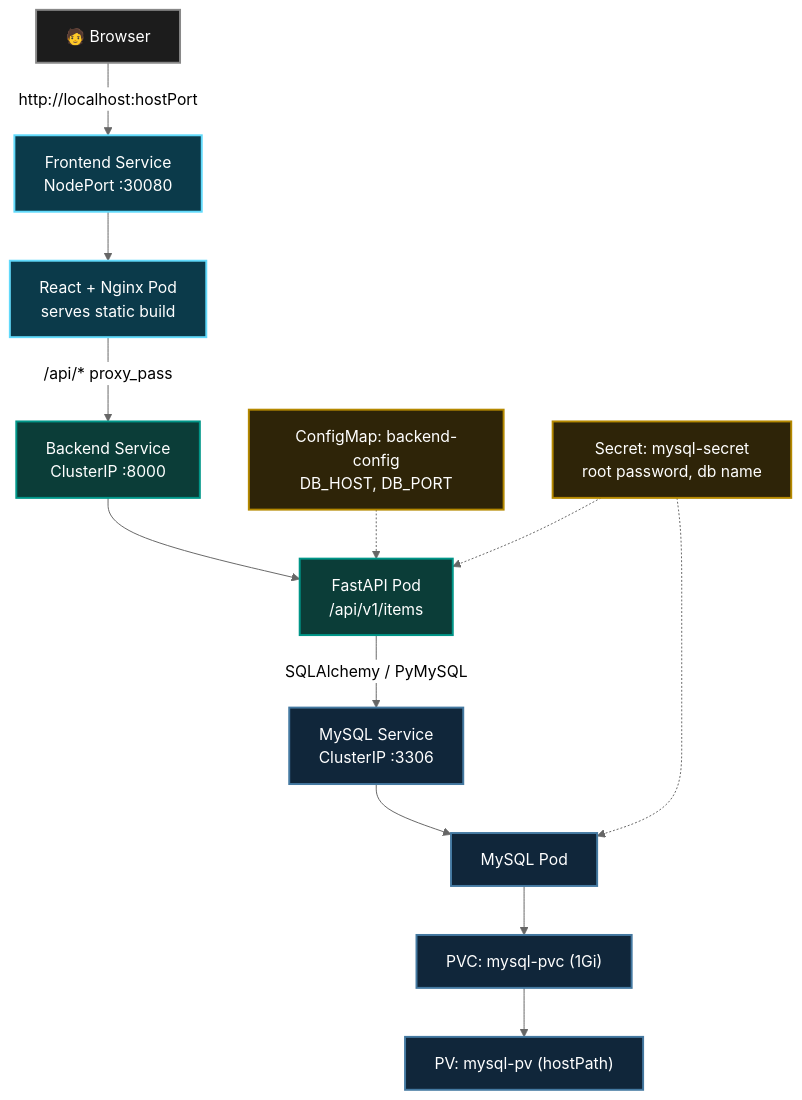
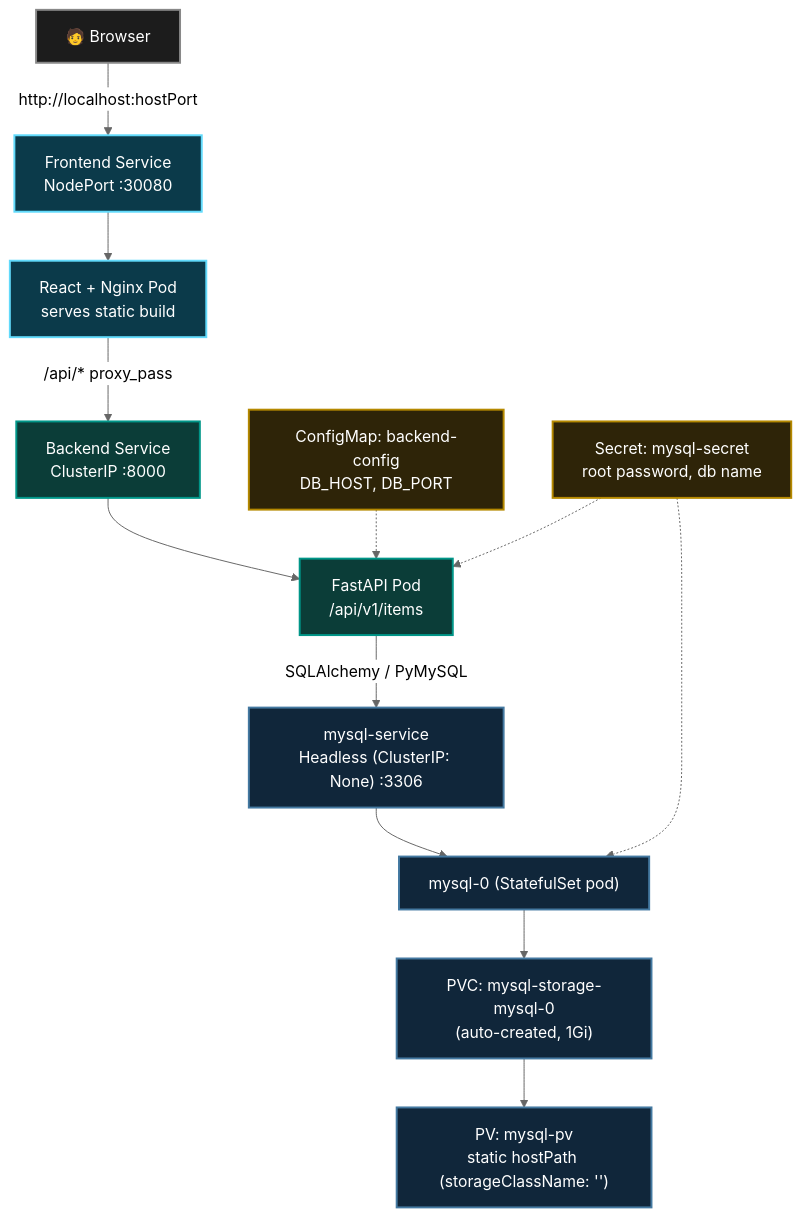
Before and after one commit to ArshadKhan-007/Three-Tier-Kubernetes-App: the first of 2 diagrams in README.md, drawn with Mermaid (neutral theme). The commit also changed other lines of this file, not shown here.

````diff
--- a/README.md
+++ b/README.md
@@ -61,27 +62,27 @@
 ```mermaid
 flowchart TD
     U["🧑 Browser"] -->|"http://localhost:hostPort"| FESVC["Frontend Service<br/>NodePort :30080"]
     FESVC --> FEPOD["React + Nginx Pod<br/>serves static build"]
     FEPOD -->|"/api/* proxy_pass"| BESVC["Backend Service<br/>ClusterIP :8000"]
     BESVC --> BEPOD["FastAPI Pod<br/>/api/v1/items"]
-    BEPOD -->|"SQLAlchemy / PyMySQL"| DBSVC["MySQL Service<br/>ClusterIP :3306"]
-    DBSVC --> DBPOD["MySQL Pod"]
-    DBPOD --> PVC["PVC: mysql-pvc (1Gi)"]
-    PVC --> PV["PV: mysql-pv (hostPath)"]
+    BEPOD -->|"SQLAlchemy / PyMySQL"| DBSVC["mysql-service<br/>Headless (ClusterIP: None) :3306"]
+    DBSVC --> DBPOD["mysql-0 (StatefulSet pod)"]
+    DBPOD --> PVC["PVC: mysql-storage-mysql-0<br/>(auto-created, 1Gi)"]
+    PVC --> PV["PV: mysql-pv<br/>static hostPath (storageClassName: '')"]
 
     CM["ConfigMap: backend-config<br/>DB_HOST, DB_PORT"] -.-> BEPOD
     SEC["Secret: mysql-secret<br/>root password, db name"] -.-> BEPOD
     SEC -.-> DBPOD
 
     classDef fe fill:#0b3a4a,stroke:#61dafb,stroke-width:2px,color:#fff
     classDef be fill:#0b3d38,stroke:#009688,stroke-width:2px,color:#fff
     classDef db fill:#10263a,stroke:#4479a1,stroke-width:2px,color:#fff
     classDef cfg fill:#2e2408,stroke:#b58900,stroke-width:2px,color:#fff
     classDef ext fill:#1c1c1c,stroke:#888,stroke-width:2px,color:#fff
 
     class FESVC,FEPOD fe
     class BESVC,BEPOD be
     class DBSVC,DBPOD,PVC,PV db
     class CM,SEC cfg
     class U ext
 ```
````
